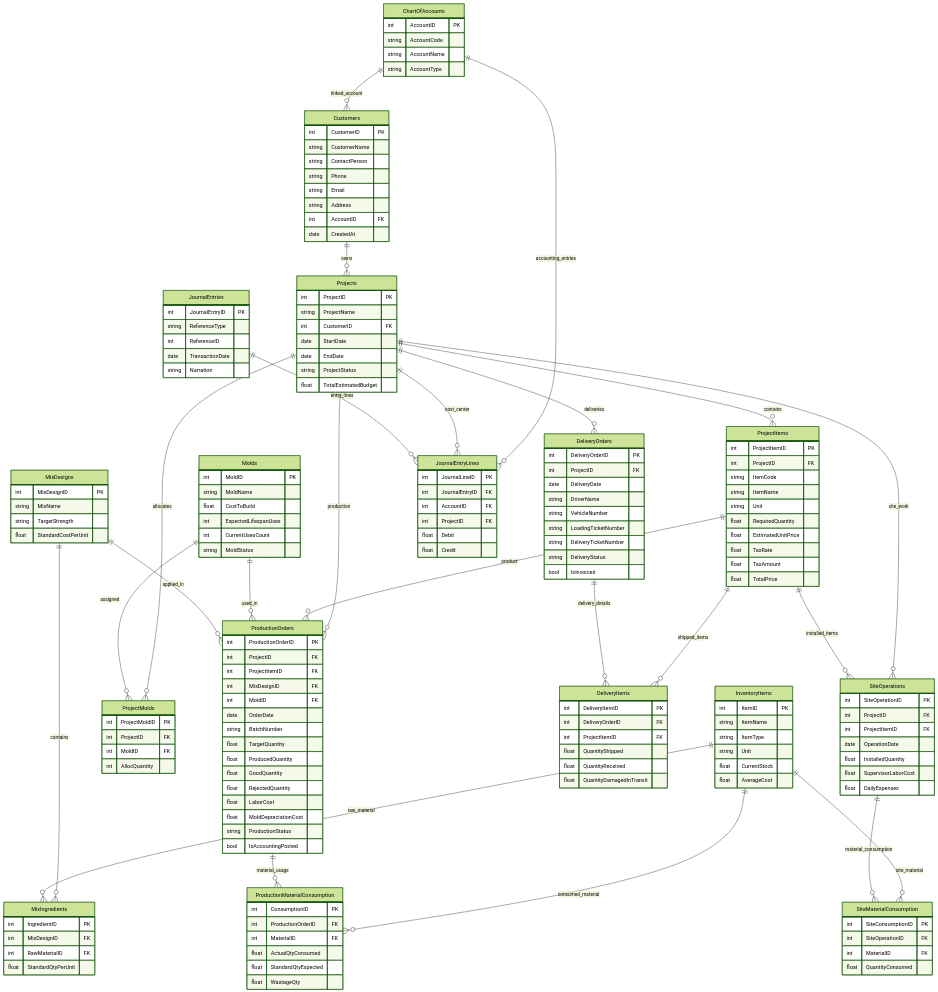
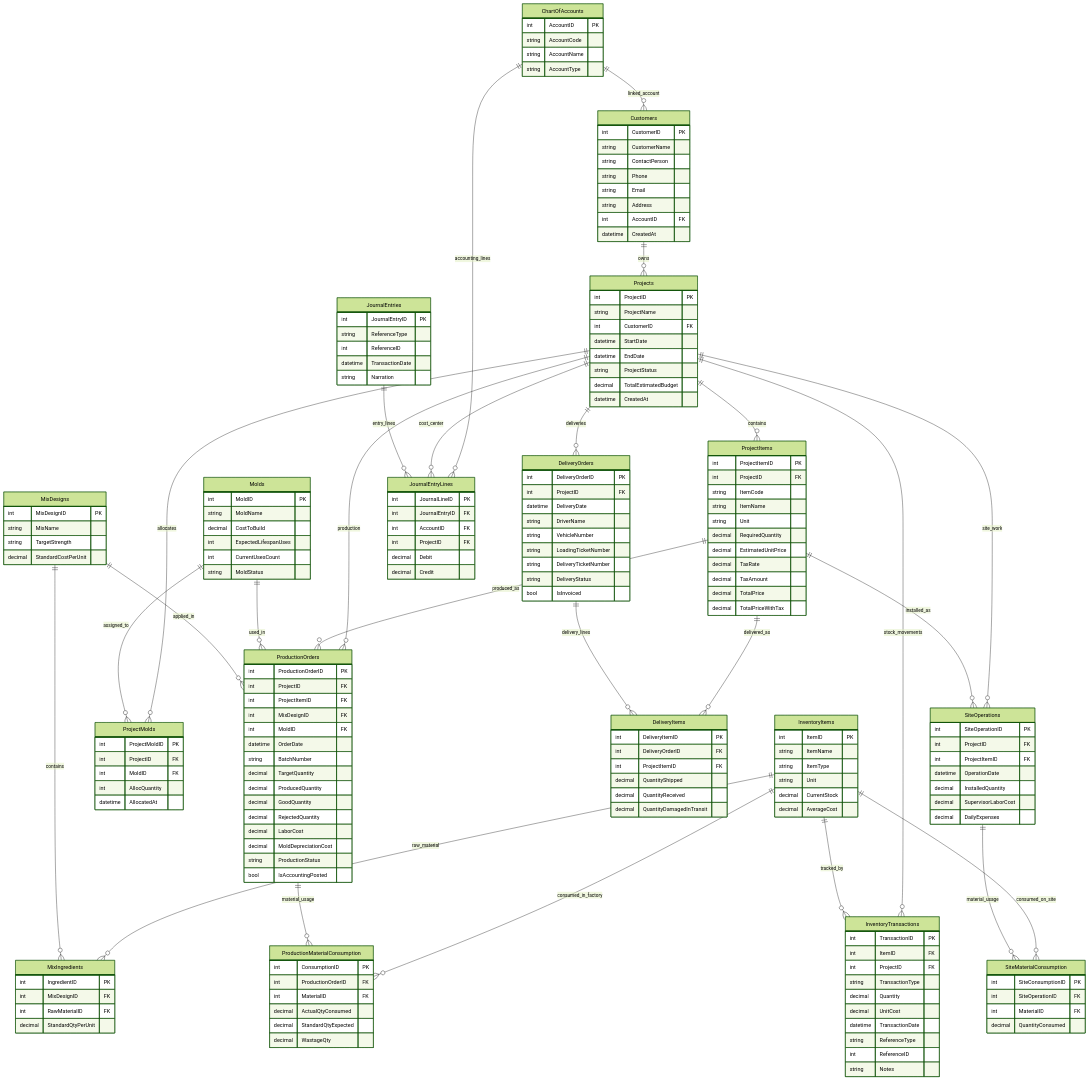
The diagram in docs/erd.md (Ethar7/ERP-Factory-System), drawn with Mermaid (forest theme) before and after one commit. The commit also changed other lines of this file and 1 other file, not shown here.

Commit message:
your message

````diff
--- a/docs/erd.md
+++ b/docs/erd.md
@@ -16,17 +18,18 @@
     string Email
     string Address
     int AccountID FK
-    date CreatedAt
+    datetime CreatedAt
 }
 
 Projects {
     int ProjectID PK
     string ProjectName
     int CustomerID FK
-    date StartDate
-    date EndDate
+    datetime StartDate
+    datetime EndDate
     string ProjectStatus
-    float TotalEstimatedBudget
+    decimal TotalEstimatedBudget
+    datetime CreatedAt
 }
 
 ProjectItems {
@@ -35,11 +38,12 @@
     string ItemCode
     string ItemName
     string Unit
-    float RequiredQuantity
-    float EstimatedUnitPrice
-    float TaxRate
-    float TaxAmount
-    float TotalPrice
+    decimal RequiredQuantity
+    decimal EstimatedUnitPrice
+    decimal TaxRate
+    decimal TaxAmount
+    decimal TotalPrice
+    decimal TotalPriceWithTax
 }
 
 InventoryItems {
@@ -47,14 +51,27 @@
     string ItemName
     string ItemType
     string Unit
-    float CurrentStock
-    float AverageCost
+    decimal CurrentStock
+    decimal AverageCost
+}
+
+InventoryTransactions {
+    int TransactionID PK
+    int ItemID FK
+    int ProjectID FK
+    string TransactionType
+    decimal Quantity
+    decimal UnitCost
+    datetime TransactionDate
+    string ReferenceType
+    int ReferenceID
+    string Notes
 }
 
 Molds {
     int MoldID PK
     string MoldName
-    float CostToBuild
+    decimal CostToBuild
     int ExpectedLifespanUses
     int CurrentUsesCount
     string MoldStatus
@@ -65,20 +82,21 @@
     int ProjectID FK
     int MoldID FK
     int AllocQuantity
+    datetime AllocatedAt
 }
 
 MixDesigns {
     int MixDesignID PK
     string MixName
     string TargetStrength
-    float StandardCostPerUnit
+    decimal StandardCostPerUnit
 }
 
 MixIngredients {
     int IngredientID PK
     int MixDesignID FK
     int RawMaterialID FK
-    float StandardQtyPerUnit
+    decimal StandardQtyPerUnit
 }
 
 ProductionOrders {
@@ -87,14 +105,14 @@
     int ProjectItemID FK
     int MixDesignID FK
     int MoldID FK
-    date OrderDate
+    datetime OrderDate
     string BatchNumber
-    float TargetQuantity
-    float ProducedQuantity
-    float GoodQuantity
-    float RejectedQuantity
-    float LaborCost
-    float MoldDepreciationCost
+    decimal TargetQuantity
+    decimal ProducedQuantity
+    decimal GoodQuantity
+    decimal RejectedQuantity
+    decimal LaborCost
+    decimal MoldDepreciationCost
     string ProductionStatus
     bool IsAccountingPosted
 }
@@ -103,15 +121,15 @@
     int ConsumptionID PK
     int ProductionOrderID FK
     int MaterialID FK
-    float ActualQtyConsumed
-    float StandardQtyExpected
-    float WastageQty
+    decimal ActualQtyConsumed
+    decimal StandardQtyExpected
+    decimal WastageQty
 }
 
 DeliveryOrders {
     int DeliveryOrderID PK
     int ProjectID FK
-    date DeliveryDate
+    datetime DeliveryDate
     string DriverName
     string VehicleNumber
     string LoadingTicketNumber
@@ -124,33 +142,33 @@
     int DeliveryItemID PK
     int DeliveryOrderID FK
     int ProjectItemID FK
-    float QuantityShipped
-    float QuantityReceived
-    float QuantityDamagedInTransit
+    decimal QuantityShipped
+    decimal QuantityReceived
+    decimal QuantityDamagedInTransit
 }
 
 SiteOperations {
     int SiteOperationID PK
     int ProjectID FK
     int ProjectItemID FK
-    date OperationDate
-    float InstalledQuantity
-    float SupervisorLaborCost
-    float DailyExpenses
+    datetime OperationDate
+    decimal InstalledQuantity
+    decimal SupervisorLaborCost
+    decimal DailyExpenses
 }
 
 SiteMaterialConsumption {
     int SiteConsumptionID PK
     int SiteOperationID FK
     int MaterialID FK
-    float QuantityConsumed
+    decimal QuantityConsumed
 }
 
 JournalEntries {
     int JournalEntryID PK
     string ReferenceType
     int ReferenceID
-    date TransactionDate
+    datetime TransactionDate
     string Narration
 }
 
@@ -159,41 +177,43 @@
     int JournalEntryID FK
     int AccountID FK
     int ProjectID FK
-    float Debit
-    float Credit
+    decimal Debit
+    decimal Credit
 }
 
 ChartOfAccounts ||--o{ Customers : linked_account
-ChartOfAccounts ||--o{ JournalEntryLines : accounting_entries
+ChartOfAccounts ||--o{ JournalEntryLines : accounting_lines
 
 Customers ||--o{ Projects : owns
 
 Projects ||--o{ ProjectItems : contains
 Projects ||--o{ ProjectMolds : allocates
+Projects ||--o{ InventoryTransactions : stock_movements
 Projects ||--o{ ProductionOrders : production
 Projects ||--o{ DeliveryOrders : deliveries
 Projects ||--o{ SiteOperations : site_work
 Projects ||--o{ JournalEntryLines : cost_center
 
-ProjectItems ||--o{ ProductionOrders : product
-ProjectItems ||--o{ DeliveryItems : shipped_items
-ProjectItems ||--o{ SiteOperations : installed_items
+ProjectItems ||--o{ ProductionOrders : produced_as
+ProjectItems ||--o{ DeliveryItems : delivered_as
+ProjectItems ||--o{ SiteOperations : installed_as
 
-Molds ||--o{ ProjectMolds : assigned
+InventoryItems ||--o{ InventoryTransactions : tracked_by
+InventoryItems ||--o{ MixIngredients : raw_material
+InventoryItems ||--o{ ProductionMaterialConsumption : consumed_in_factory
+InventoryItems ||--o{ SiteMaterialConsumption : consumed_on_site
+
+Molds ||--o{ ProjectMolds : assigned_to
 Molds ||--o{ ProductionOrders : used_in
 
 MixDesigns ||--o{ MixIngredients : contains
 MixDesigns ||--o{ ProductionOrders : applied_in
 
-InventoryItems ||--o{ MixIngredients : raw_material
-InventoryItems ||--o{ ProductionMaterialConsumption : consumed_material
-InventoryItems ||--o{ SiteMaterialConsumption : site_material
-
 ProductionOrders ||--o{ ProductionMaterialConsumption : material_usage
 
-DeliveryOrders ||--o{ DeliveryItems : delivery_details
+DeliveryOrders ||--o{ DeliveryItems : delivery_lines
 
-SiteOperations ||--o{ SiteMaterialConsumption : material_consumption
+SiteOperations ||--o{ SiteMaterialConsumption : material_usage
 
 JournalEntries ||--o{ JournalEntryLines : entry_lines
 ```
````
